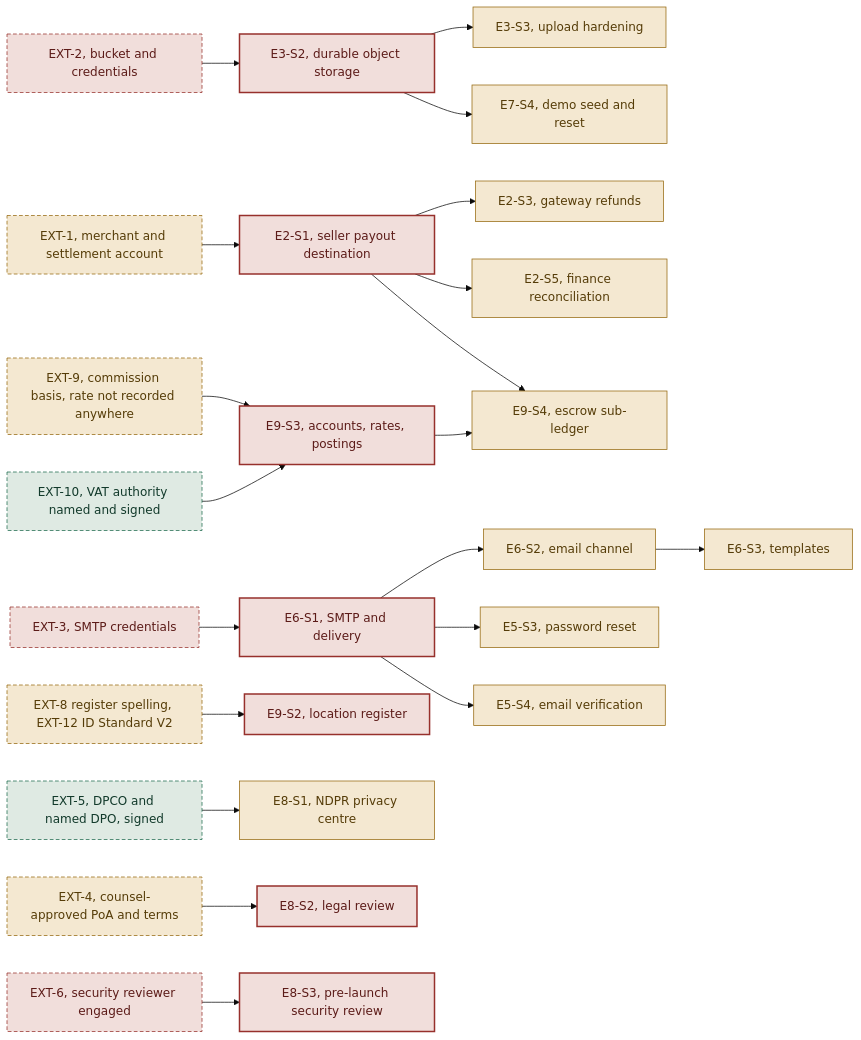
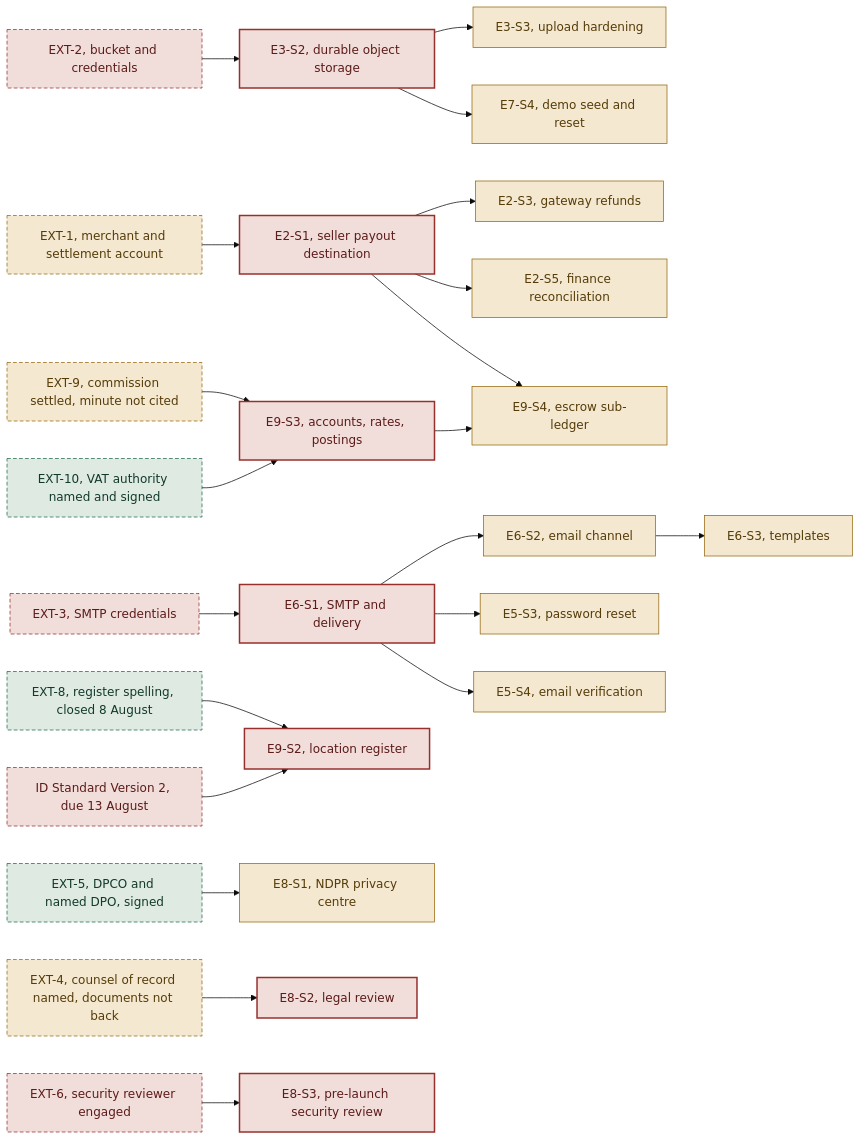
The third of 3 diagrams in docs/reports/build-state.md (safebuy-realties-ltd/safebuyrealties), drawn with Mermaid (base theme) before and after one commit. The commit also changed other lines of this file and 6 other files, not shown here.

````diff
--- a/docs/reports/build-state.md
+++ b/docs/reports/build-state.md
@@ -262,38 +300,39 @@
 ```mermaid
 flowchart LR
   X2["EXT-2, bucket and credentials"] --> S1
   S1["E3-S2, durable object storage"] --> S2["E3-S3, upload hardening"]
   S1 --> S3["E7-S4, demo seed and reset"]
 
   X1["EXT-1, merchant and settlement account"] --> M1
   M1["E2-S1, seller payout destination"] --> M2["E2-S3, gateway refunds"]
   M1 --> M3["E2-S5, finance reconciliation"]
   M1 --> F4
 
   X3["EXT-3, SMTP credentials"] --> N1
   N1["E6-S1, SMTP and delivery"] --> N2["E6-S2, email channel"]
   N2 --> N3["E6-S3, templates"]
   N1 --> N4["E5-S3, password reset"]
   N1 --> N5["E5-S4, email verification"]
 
-  X9["EXT-9, commission basis, rate not recorded anywhere"] --> F3
+  X9["EXT-9, commission settled, minute not cited"] --> F3
   X10["EXT-10, VAT authority named and signed"] --> F3
   F3["E9-S3, accounts, rates, postings"] --> F4["E9-S4, escrow sub-ledger"]
-  X812["EXT-8 register spelling, EXT-12 ID Standard V2"] --> F2["E9-S2, location register"]
+  X8["EXT-8, register spelling, closed 8 August"] --> F2["E9-S2, location register"]
+  X12["ID Standard Version 2, due 13 August"] --> F2
 
   X5["EXT-5, DPCO and named DPO, signed"] --> P1["E8-S1, NDPR privacy centre"]
-  X4["EXT-4, counsel-approved PoA and terms"] --> P2["E8-S2, legal review"]
+  X4["EXT-4, counsel of record named, documents not back"] --> P2["E8-S2, legal review"]
   X6["EXT-6, security reviewer engaged"] --> P3["E8-S3, pre-launch security review"]
 
   classDef ext fill:#f1dedb,stroke:#97302c,color:#5c1b18,stroke-dasharray:5 3
   classDef extpart fill:#f4e8d1,stroke:#96690f,color:#553c08,stroke-dasharray:5 3
   classDef extdone fill:#dfeae3,stroke:#1f6b4f,color:#123a2b,stroke-dasharray:5 3
   classDef blocked fill:#f1dedb,stroke:#97302c,color:#5c1b18,stroke-width:2px
   classDef todo fill:#f4e8d1,stroke:#96690f,color:#553c08
 
-  class X2,X3,X6 ext
-  class X1,X4,X9,X812 extpart
-  class X5,X10 extdone
+  class X2,X3,X6,X12 ext
+  class X1,X4,X9 extpart
+  class X5,X8,X10 extdone
   class S1,M1,N1,F2,F3,P2,P3 blocked
   class S2,S3,M2,M3,N2,N3,N4,N5,F4,P1 todo
 ```
````
